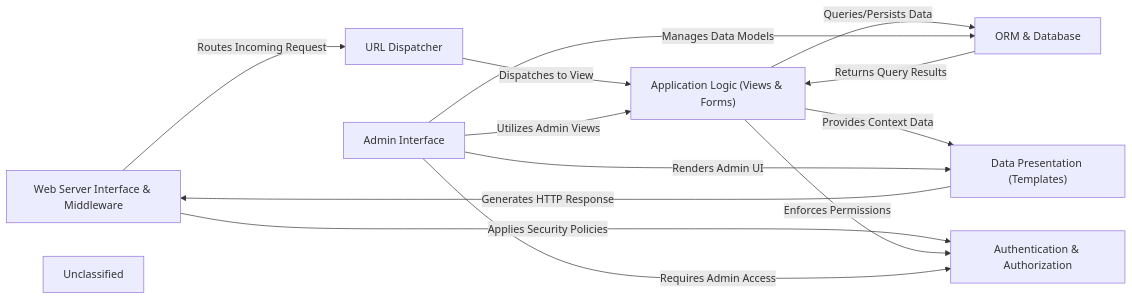
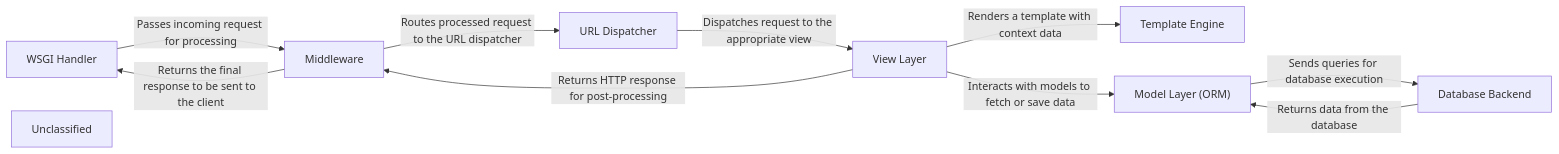
Before and after one commit to CodeBoarding/GeneratedOnBoardings: the diagram in django/on_boarding.md, drawn with Mermaid. The commit also changed other lines of this file and 7 other files, not shown here.

````diff
--- a/django/on_boarding.md
+++ b/django/on_boarding.md
@@ -1,23 +1,27 @@
 ```mermaid
 graph LR
-    Web_Server_Interface_Middleware["Web Server Interface & Middleware"]
+    WSGI_Handler["WSGI Handler"]
+    Middleware["Middleware"]
     URL_Dispatcher["URL Dispatcher"]
-    Application_Logic_Views_Forms_["Application Logic (Views & Forms)"]
-    Data_Presentation_Templates_["Data Presentation (Templates)"]
-    ORM_Database["ORM & Database"]
-    Authentication_Authorization["Authentication & Authorization"]
-    Admin_Interface["Admin Interface"]
+    View_Layer["View Layer"]
+    Template_Engine["Template Engine"]
+    Model_Layer_ORM_["Model Layer (ORM)"]
+    Database_Backend["Database Backend"]
     Unclassified["Unclassified"]
-    Web_Server_Interface_Middleware -- "Routes Incoming Request" --> URL_Dispatcher
-    URL_Dispatcher -- "Dispatches to View" --> Application_Logic_Views_Forms_
-    Application_Logic_Views_Forms_ -- "Queries/Persists Data" --> ORM_Database
-    ORM_Database -- "Returns Query Results" --> Application_Logic_Views_Forms_
-    Application_Logic_Views_Forms_ -- "Provides Context Data" --> Data_Presentation_Templates_
-    Data_Presentation_Templates_ -- "Generates HTTP Response" --> Web_Server_Interface_Middleware
-    Web_Server_Interface_Middleware -- "Applies Security Policies" --> Authentication_Authorization
-    Application_Logic_Views_Forms_ -- "Enforces Permissions" --> Authentication_Authorization
-    Admin_Interface -- "Manages Data Models" --> ORM_Database
-    Admin_Interface -- "Utilizes Admin Views" --> Application_Logic_Views_Forms_
-    Admin_Interface -- "Renders Admin UI" --> Data_Presentation_Templates_
-    Admin_Interface -- "Requires Admin Access" --> Authentication_Authorization
+    WSGI_Handler -- "Passes incoming request for processing" --> Middleware
+    Middleware -- "Routes processed request to the URL dispatcher" --> URL_Dispatcher
+    URL_Dispatcher -- "Dispatches request to the appropriate view" --> View_Layer
+    View_Layer -- "Interacts with models to fetch or save data" --> Model_Layer_ORM_
+    View_Layer -- "Renders a template with context data" --> Template_Engine
+    Model_Layer_ORM_ -- "Sends queries for database execution" --> Database_Backend
+    Database_Backend -- "Returns data from the database" --> Model_Layer_ORM_
+    View_Layer -- "Returns HTTP response for post-processing" --> Middleware
+    Middleware -- "Returns the final response to be sent to the client" --> WSGI_Handler
+    click WSGI_Handler href "https://github.com/CodeBoarding/GeneratedOnBoardings/blob/main/django/WSGI_Handler.md" "Details"
+    click Middleware href "https://github.com/CodeBoarding/GeneratedOnBoardings/blob/main/django/Middleware.md" "Details"
+    click URL_Dispatcher href "https://github.com/CodeBoarding/GeneratedOnBoardings/blob/main/django/URL_Dispatcher.md" "Details"
+    click View_Layer href "https://github.com/CodeBoarding/GeneratedOnBoardings/blob/main/django/View_Layer.md" "Details"
+    click Template_Engine href "https://github.com/CodeBoarding/GeneratedOnBoardings/blob/main/django/Template_Engine.md" "Details"
+    click Model_Layer_ORM_ href "https://github.com/CodeBoarding/GeneratedOnBoardings/blob/main/django/Model_Layer_ORM_.md" "Details"
+    click Database_Backend href "https://github.com/CodeBoarding/GeneratedOnBoardings/blob/main/django/Database_Backend.md" "Details"
 ```
````
